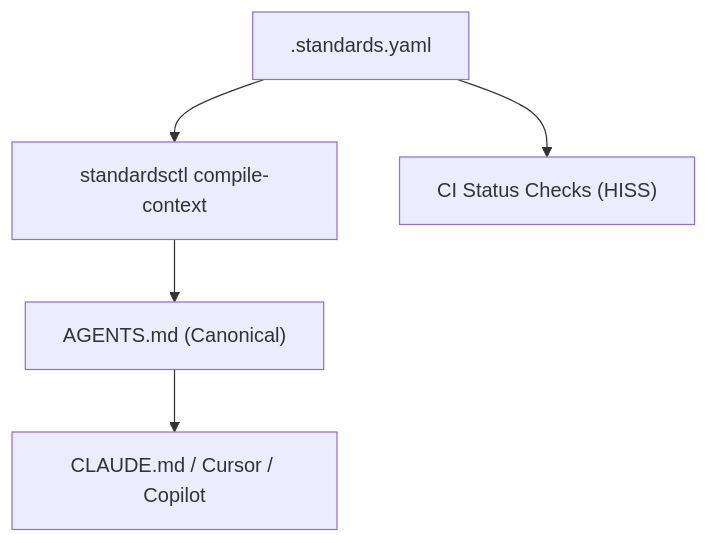
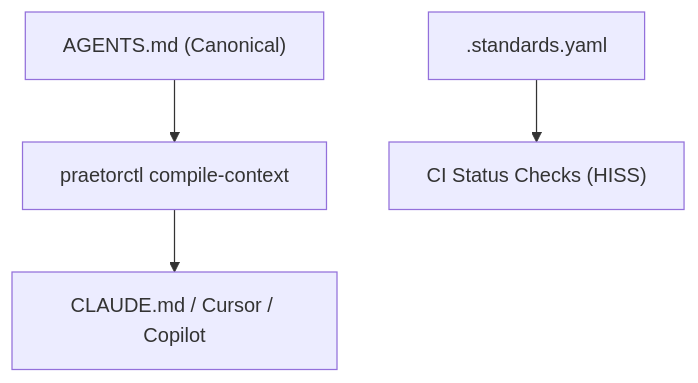
Before and after one commit to cordanaLLM/praetor: the diagram in docs/presets/mkdocs/docs/index.md, drawn with Mermaid. The commit also changed 50 other files, not shown here.

````diff
--- a/docs/presets/mkdocs/docs/index.md
+++ b/docs/presets/mkdocs/docs/index.md
@@ -12,7 +12,6 @@
 ```mermaid
 flowchart TD
-    CONFIG[".standards.yaml"] --> COMPILER["standardsctl compile-context"]
-    COMPILER --> AGENTS["AGENTS.md (Canonical)"]
-    AGENTS --> VENDORS["CLAUDE.md / Cursor / Copilot"]
-    CONFIG --> CI["CI Status Checks (HISS)"]
+    AGENTS["AGENTS.md (Canonical)"] --> COMPILER["praetorctl compile-context"]
+    COMPILER --> VENDORS["CLAUDE.md / Cursor / Copilot"]
+    CONFIG[".standards.yaml"] --> CI["CI Status Checks (HISS)"]
 ```
````
